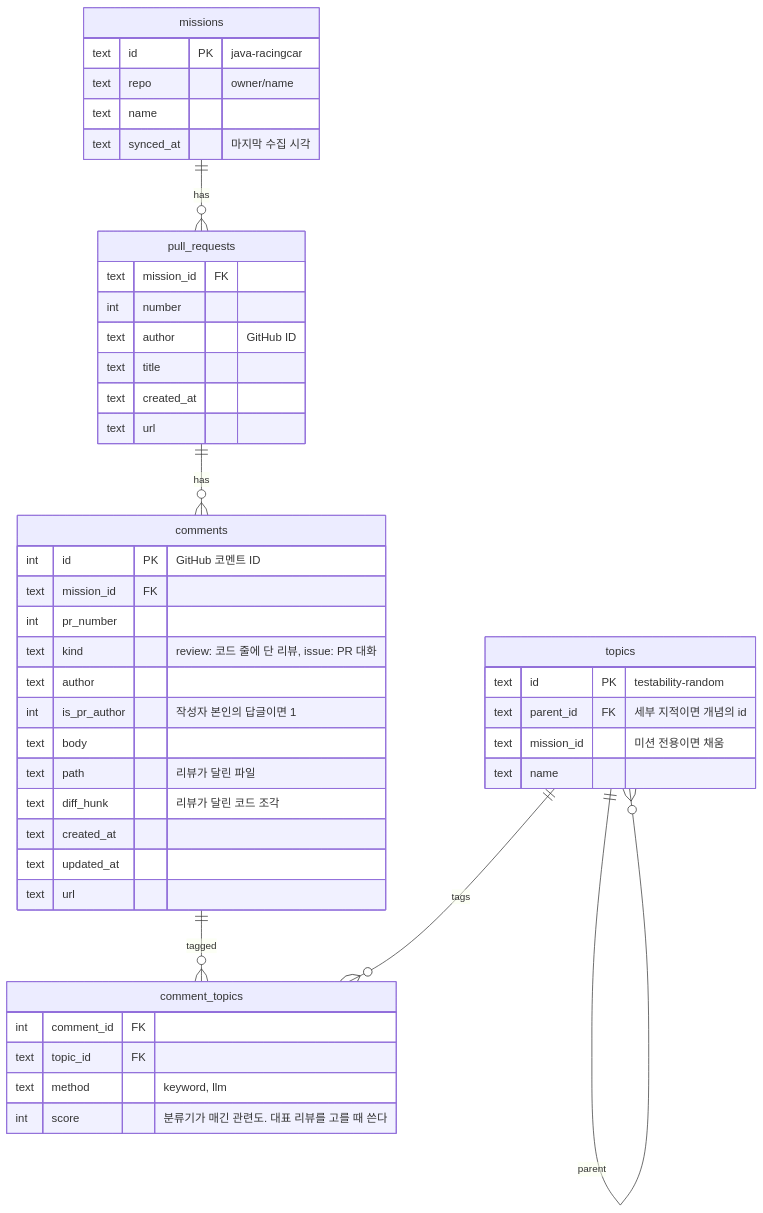
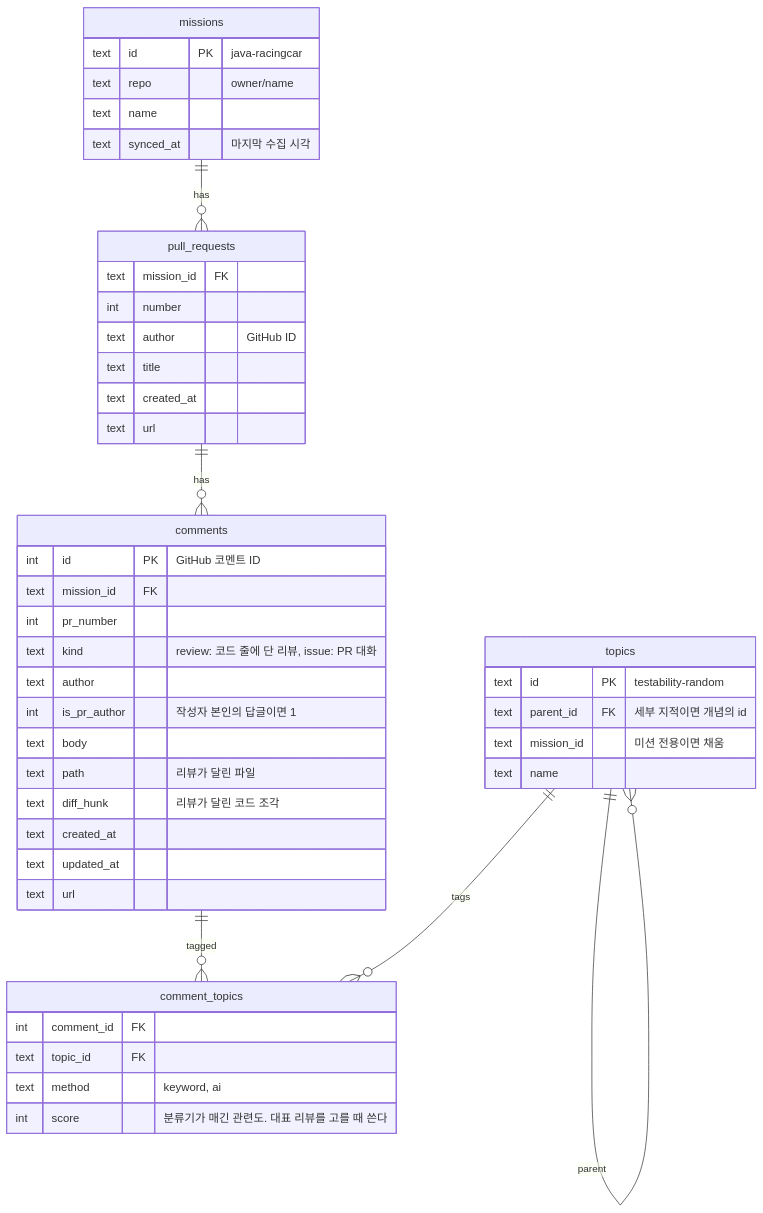
The second of 3 diagrams in docs/tool-spec.md (cho-log/cholog-mcp), drawn with Mermaid before and after one commit. The commit also changed other lines of this file and 19 other files, not shown here.

````diff
--- a/docs/tool-spec.md
+++ b/docs/tool-spec.md
@@ -204,49 +211,49 @@
 ```mermaid
 erDiagram
     missions ||--o{ pull_requests : has
     pull_requests ||--o{ comments : has
     comments ||--o{ comment_topics : tagged
     topics ||--o{ comment_topics : tags
     topics ||--o{ topics : parent
 
     missions {
         text id PK "java-racingcar"
         text repo "owner/name"
         text name
         text synced_at "마지막 수집 시각"
     }
     pull_requests {
         text mission_id FK
         int number
         text author "GitHub ID"
         text title
         text created_at
         text url
     }
     comments {
         int id PK "GitHub 코멘트 ID"
         text mission_id FK
         int pr_number
         text kind "review: 코드 줄에 단 리뷰, issue: PR 대화"
         text author
         int is_pr_author "작성자 본인의 답글이면 1"
         text body
         text path "리뷰가 달린 파일"
         text diff_hunk "리뷰가 달린 코드 조각"
         text created_at
         text updated_at
         text url
     }
     topics {
         text id PK "testability-random"
         text parent_id FK "세부 지적이면 개념의 id"
         text mission_id "미션 전용이면 채움"
         text name
     }
     comment_topics {
         int comment_id FK
         text topic_id FK
-        text method "keyword, llm"
+        text method "keyword, ai"
         int score "분류기가 매긴 관련도. 대표 리뷰를 고를 때 쓴다"
     }
 ```
````
